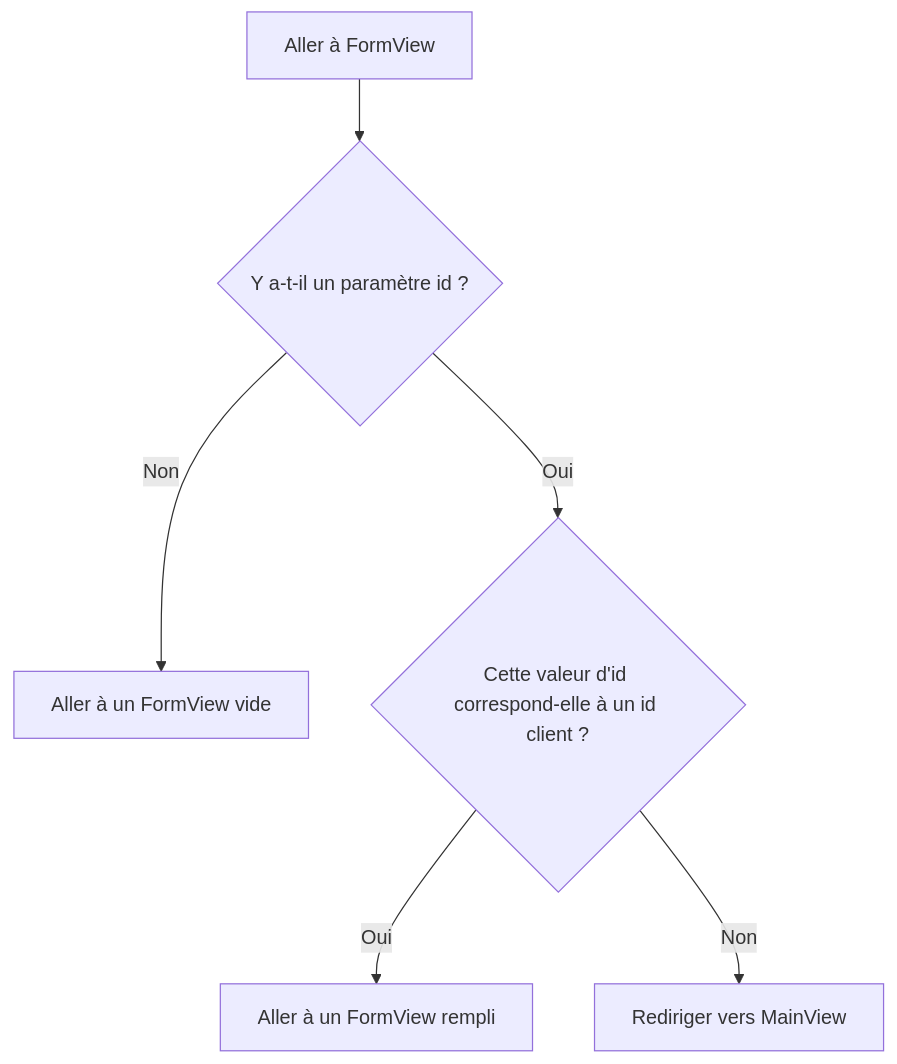
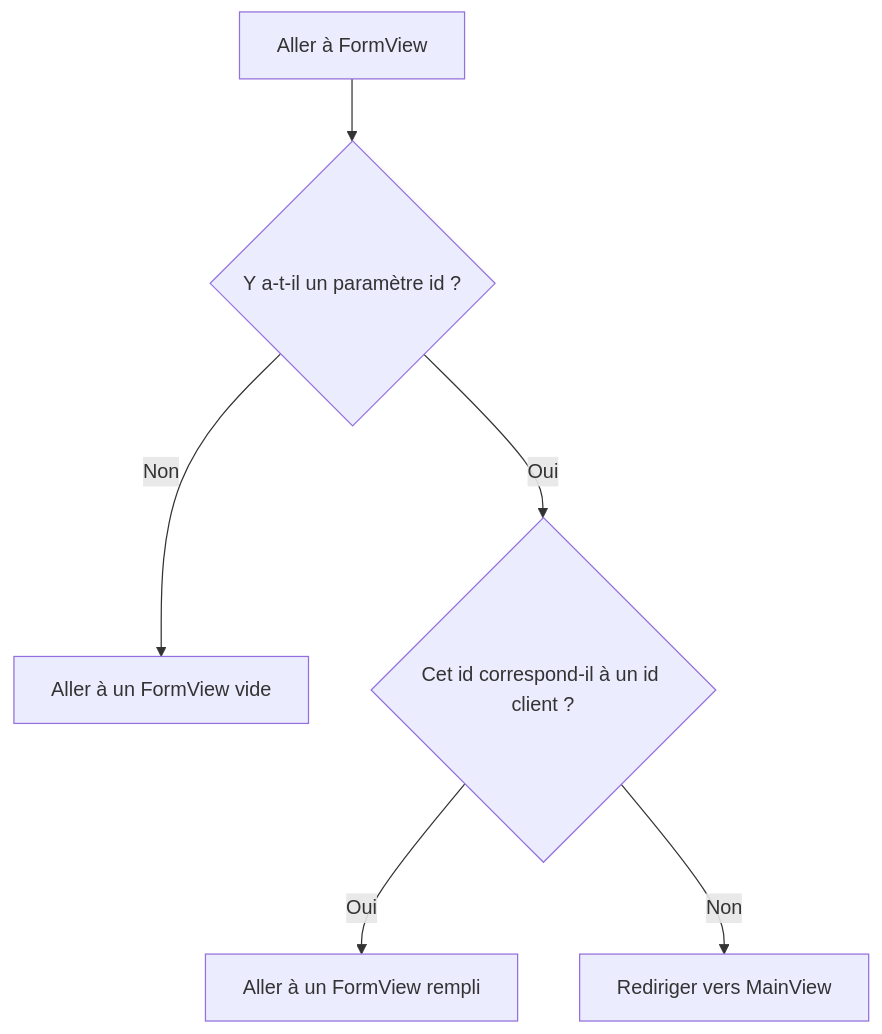
One commit to webforj/webforj-documentation changed the diagram in docs/i18n/fr/docusaurus-plugin-content-docs/current/introduction/tutorial/observers-and-route-parameters.md. Above: the diagram before and after it, drawn with Mermaid. The commit also changed other lines of this file and 589 other files, not shown here.

````diff
--- a/docs/i18n/fr/docusaurus-plugin-content-docs/current/introduction/tutorial/observers-and-route-parameters.md
+++ b/docs/i18n/fr/docusaurus-plugin-content-docs/current/introduction/tutorial/observers-and-route-parameters.md
@@ -75,8 +72,8 @@
 ```mermaid
 flowchart TD
     A[Aller à FormView] --> B{Y a-t-il un paramètre id ?}
     B -->|Non| C[Aller à un FormView vide]
-    B -->|Oui| D{Cette valeur d'id correspond-elle à un id client ?}
+    B -->|Oui| D{Cet id correspond-il à un id client ?}
     D -->|Oui| E[Aller à un FormView rempli]
     D -->|Non| F[Rediriger vers MainView]
 ```
````
